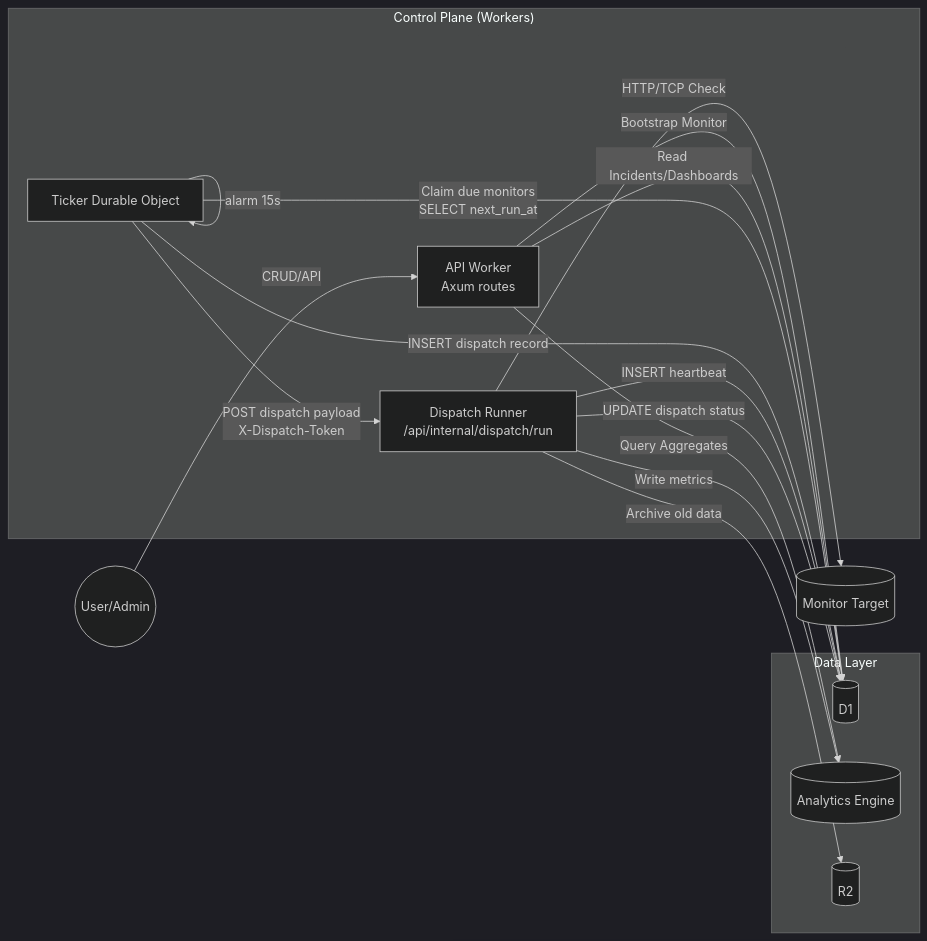
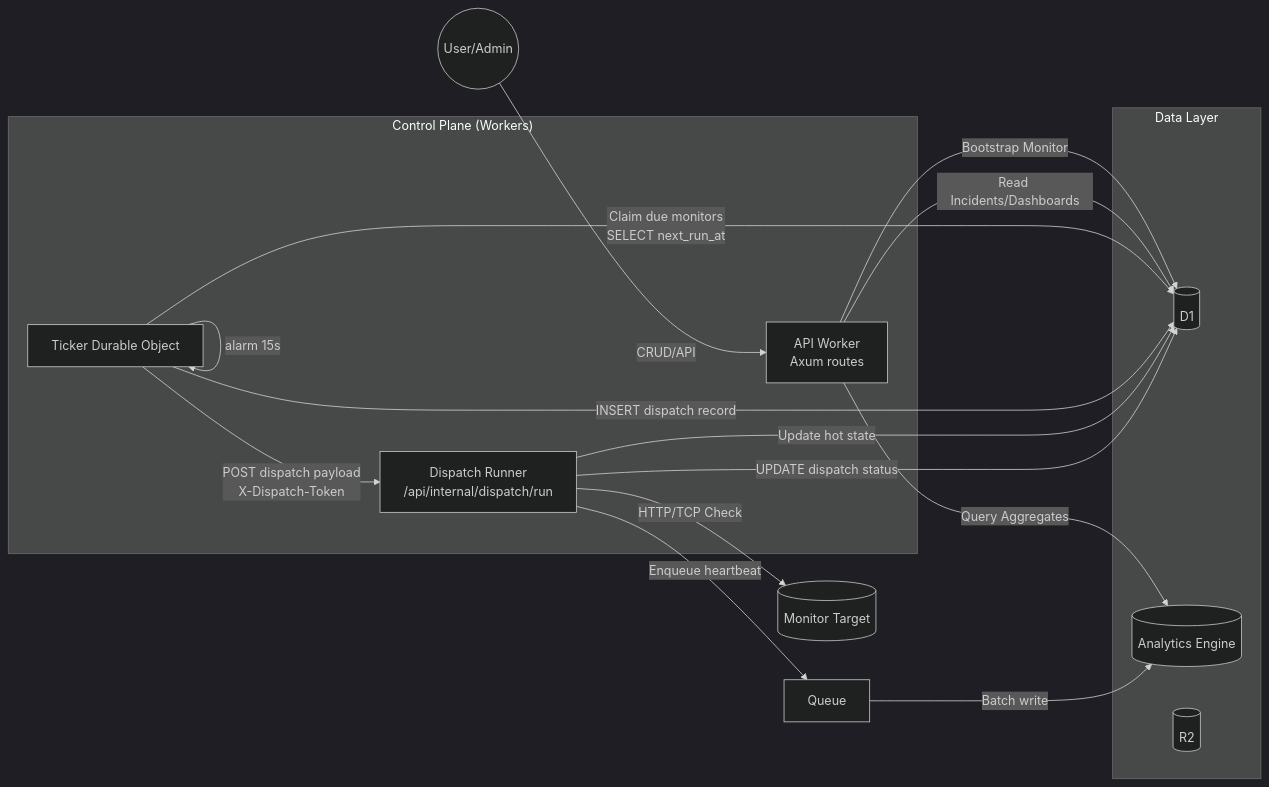
Before and after one commit to SaavyLab/saavy_uptime: the first of 2 diagrams in docs/architecture.md, drawn with Mermaid (dark theme). The commit also changed other lines of this file and 48 other files, not shown here.

````diff
--- a/docs/architecture.md
+++ b/docs/architecture.md
@@ -33,33 +33,33 @@
 ```mermaid
 flowchart LR
     User((User/Admin))
     Target[(Monitor Target)]
     
     subgraph ControlPlane["Control Plane (Workers)"]
         API[API Worker<br/>Axum routes]
         DO[Ticker Durable Object]
         Runner[Dispatch Runner<br/>/api/internal/dispatch/run]
     end
 
     subgraph Stores["Data Layer"]
         D1[(D1)]
         AE[(Analytics Engine)]
         R2[(R2)]
     end
 
     User -->|CRUD/API| API
     API -->|Bootstrap Monitor| D1
     API -->|Read Incidents/Dashboards| D1
     API -->|Query Aggregates| AE
 
     DO -->|alarm 15s| DO
     DO -->|Claim due monitors<br/>SELECT next_run_at| D1
     DO -->|INSERT dispatch record| D1
     DO -->|POST dispatch payload<br/>X-Dispatch-Token| Runner
     
     Runner -->|HTTP/TCP Check| Target
-    Runner -->|INSERT heartbeat| D1
-    Runner -->|Write metrics| AE
-    Runner -->|Archive old data| R2
+    Runner -->|Update hot state| D1
+    Runner -->|Enqueue heartbeat| Queue
+    Queue -->|Batch write| AE
     Runner -->|UPDATE dispatch status| D1
 ```
````
